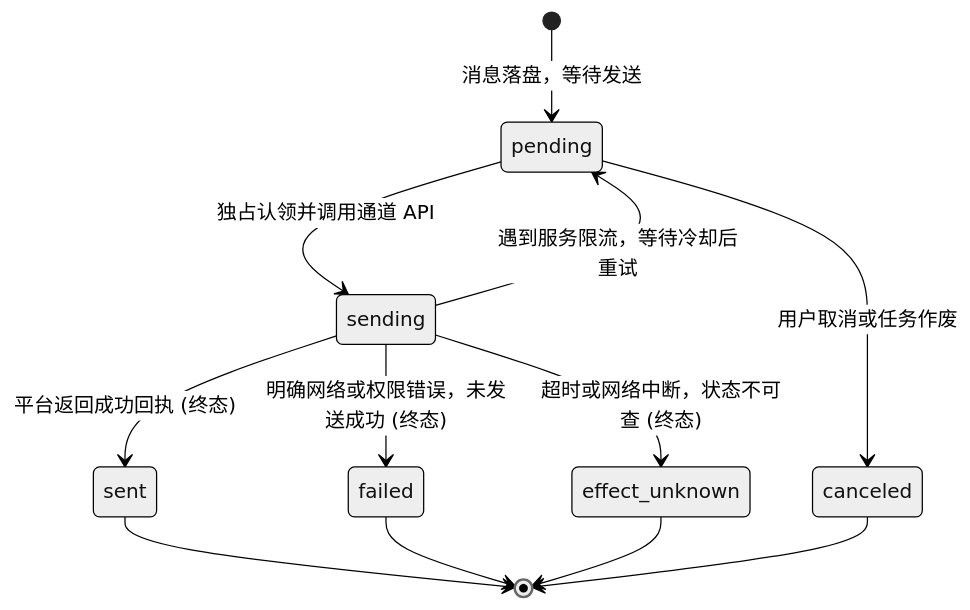
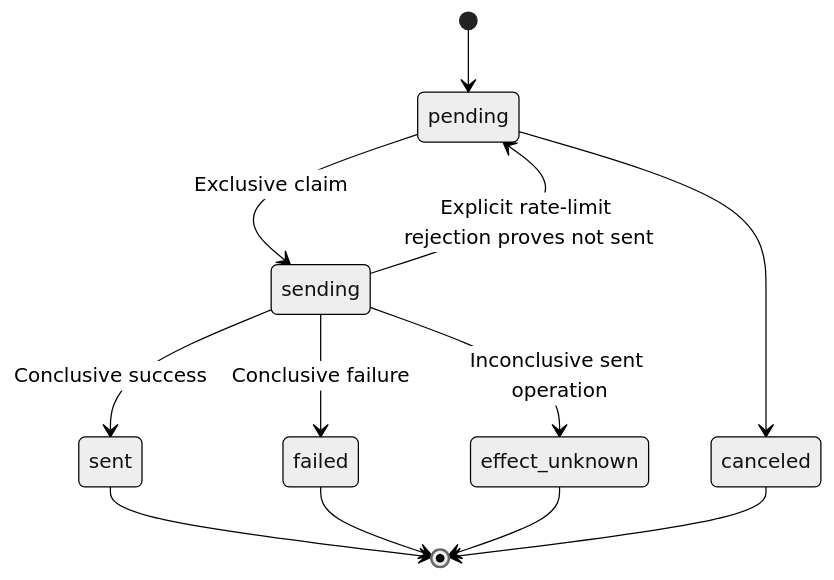
Before and after one commit to num-lab/Ruukoto: the first of 2 diagrams in docs/modules/scheduler.md, drawn with Mermaid (neutral theme). The commit also changed other lines of this file and 3987 other files, not shown here.

````diff
--- a/docs/modules/scheduler.md
+++ b/docs/modules/scheduler.md
@@ -33,14 +20,14 @@
 ```mermaid
 stateDiagram-v2
-  [*] --> pending: 消息落盘，等待发送
-  pending --> sending: 独占认领并调用通道 API
-  pending --> canceled: 用户取消或任务作废
-  sending --> sent: 平台返回成功回执 (终态)
-  sending --> failed: 明确网络或权限错误，未发送成功 (终态)
-  sending --> effect_unknown: 超时或网络中断，状态不可查 (终态)
-  sending --> pending: 遇到服务限流，等待冷却后重试
+  [*] --> pending
+  pending --> sending: Exclusive claim
+  pending --> canceled
+  sending --> sent: Conclusive success
+  sending --> failed: Conclusive failure
+  sending --> effect_unknown: Inconclusive sent operation
+  sending --> pending: Explicit rate-limit rejection proves not sent
   sent --> [*]
   failed --> [*]
   effect_unknown --> [*]
   canceled --> [*]
 ```
````
